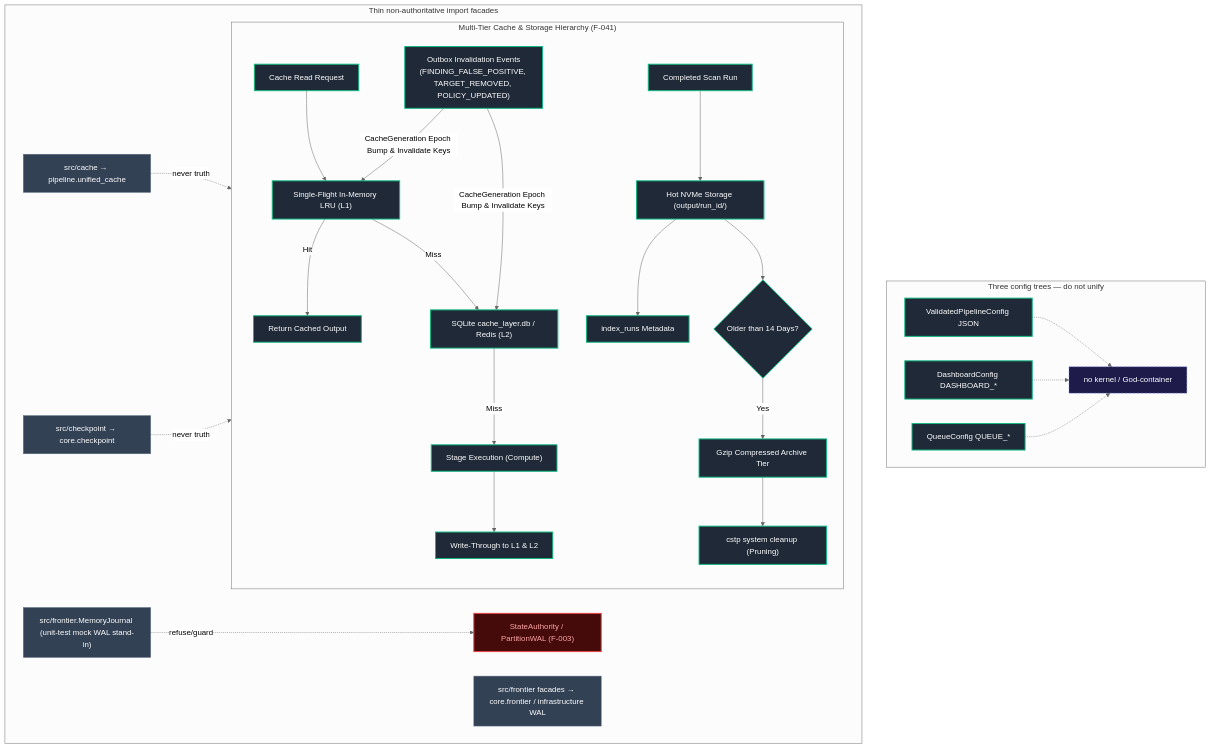
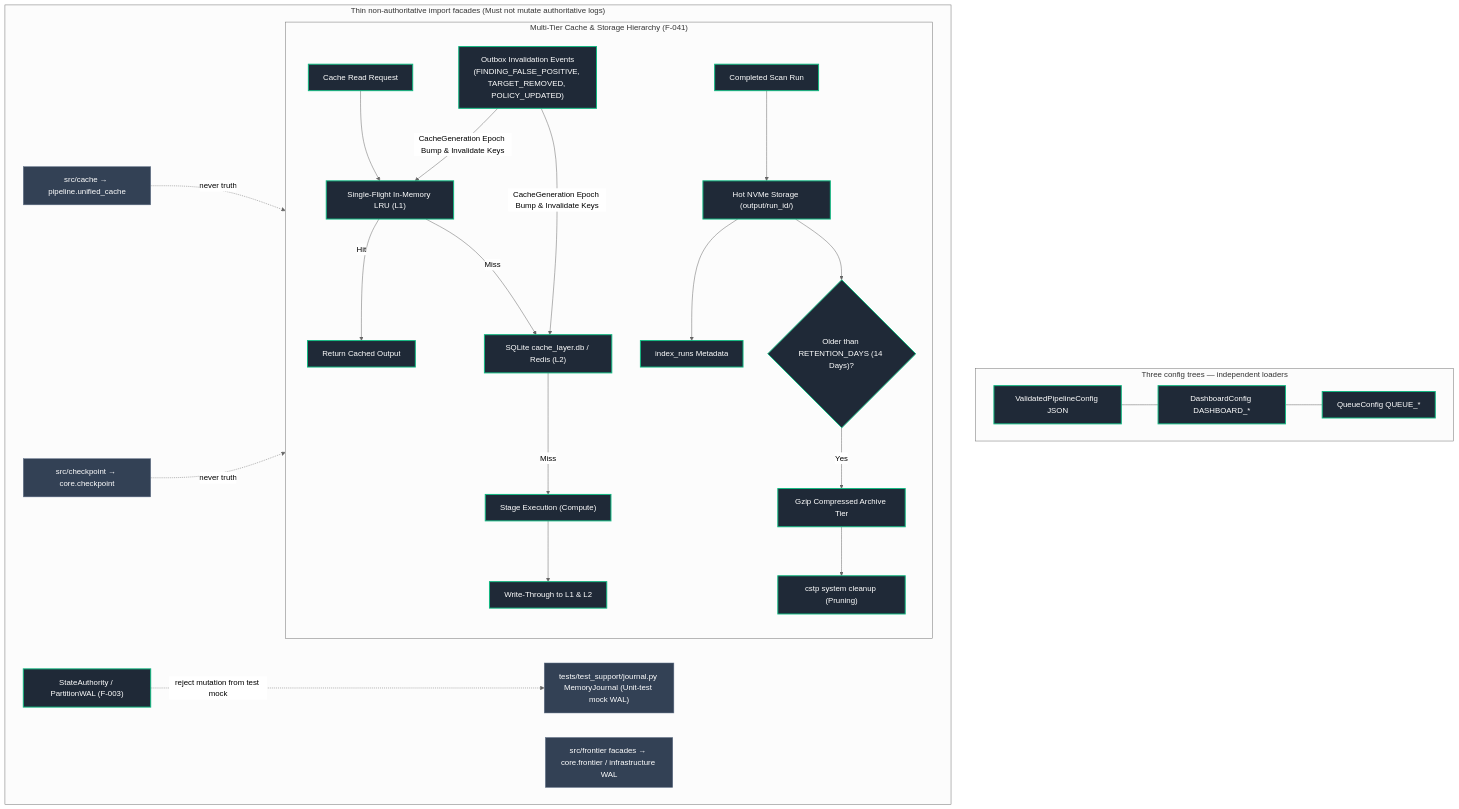
Before and after one commit to AviralGup7/Singularity-Zero: diagram 15 of 16 in docs/flowchart.md, drawn with Mermaid (neutral theme). The commit also changed other lines of this file and 6 other files, not shown here.

Commit message:
fix(atlas): comprehensive consistency alignment across sections 0-16 and relocate MemoryJournal to tests.test_support

````diff
--- a/docs/flowchart.md
+++ b/docs/flowchart.md
@@ -915,42 +915,40 @@
 ```mermaid
 flowchart TD
     classDef impl fill:#1f2937,stroke:#10b981,stroke-width:2px,color:#fff;
     classDef singleNode fill:#1e293b,stroke:#0ea5e9,stroke-width:1px,stroke-dasharray:3 3,color:#fff;
     classDef library fill:#334155,stroke:#64748b,stroke-width:1px,color:#fff;
     classDef specOnly fill:#1e1b4b,stroke:#818cf8,stroke-width:1px,stroke-dasharray:4 4,color:#fff;
     classDef vacuous fill:#27272a,stroke:#71717a,stroke-width:1px,color:#a1a1aa;
     classDef forbidden fill:#450a0a,stroke:#ef4444,stroke-width:2px,color:#fca5a5;
 
-    subgraph Config["Three config trees — do not unify"]
+    subgraph Config["Three config trees — independent loaders"]
         ScanCfg["ValidatedPipelineConfig JSON"]:::impl
         DashCfg["DashboardConfig DASHBOARD_*"]:::impl
         QueueCfg["QueueConfig QUEUE_*"]:::impl
-        ScanCfg -.-> NoGod["no kernel / God-container"]:::specOnly
-        DashCfg -.-> NoGod
-        QueueCfg -.-> NoGod
+        ScanCfg --- DashCfg --- QueueCfg
     end
 
     subgraph MultiTierCache["Multi-Tier Cache & Storage Hierarchy (F-041)"]
         Call["Cache Read Request"]:::impl --> SF["Single-Flight In-Memory LRU (L1)"]:::impl
         SF -->|Hit| Return["Return Cached Output"]:::impl
         SF -->|Miss| Persist["SQLite cache_layer.db / Redis (L2)"]:::impl
         Persist -->|Miss| Origin["Stage Execution (Compute)"]:::impl
         Origin --> Write["Write-Through to L1 & L2"]:::impl
         OutboxEvt["Outbox Invalidation Events<br/>(FINDING_FALSE_POSITIVE, TARGET_REMOVED, POLICY_UPDATED)"]:::impl -->|"CacheGeneration Epoch Bump & Invalidate Keys"| SF & Persist
         Done["Completed Scan Run"]:::impl --> Hot["Hot NVMe Storage (output/run_id/)"]:::impl
         Hot --> Index["index_runs Metadata"]:::impl
-        Hot --> PruneCheck{"Older than 14 Days?"}:::impl
+        Hot --> PruneCheck{"Older than RETENTION_DAYS (14 Days)?"}:::impl
         PruneCheck -->|Yes| Arch["Gzip Compressed Archive Tier"]:::impl
         Arch --> PruneJob["cstp system cleanup (Pruning)"]:::impl
     end
 
-    subgraph Facades["Thin non-authoritative import facades"]
+    subgraph Facades["Thin non-authoritative import facades (Must not mutate authoritative logs)"]
         CacheFacade["src/cache → pipeline.unified_cache"]:::library
         CkptFacade["src/checkpoint → core.checkpoint"]:::library
         FrontFacade["src/frontier facades → core.frontier / infrastructure WAL"]:::library
-        MemJ["src/frontier.MemoryJournal (unit-test mock WAL stand-in)"]:::library
+        MemJ["tests/test_support/journal.py MemoryJournal (Unit-test mock WAL)"]:::library
         CacheFacade -.->|never truth| MultiTierCache
         CkptFacade -.->|never truth| MultiTierCache
-        MemJ -.->|refuse/guard| AuthPlane["StateAuthority / PartitionWAL (F-003)"]:::forbidden
+        AuthPlane["StateAuthority / PartitionWAL (F-003)"]:::impl -.->|"reject mutation from test mock"| MemJ
     end
 ```
````
